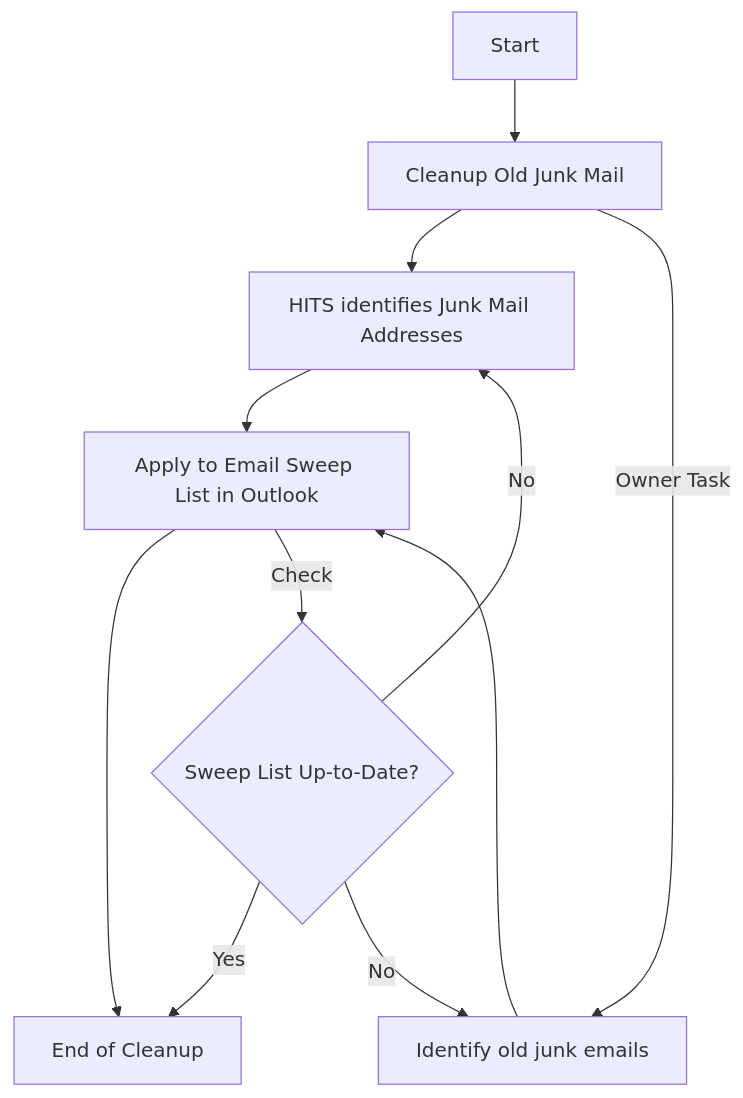
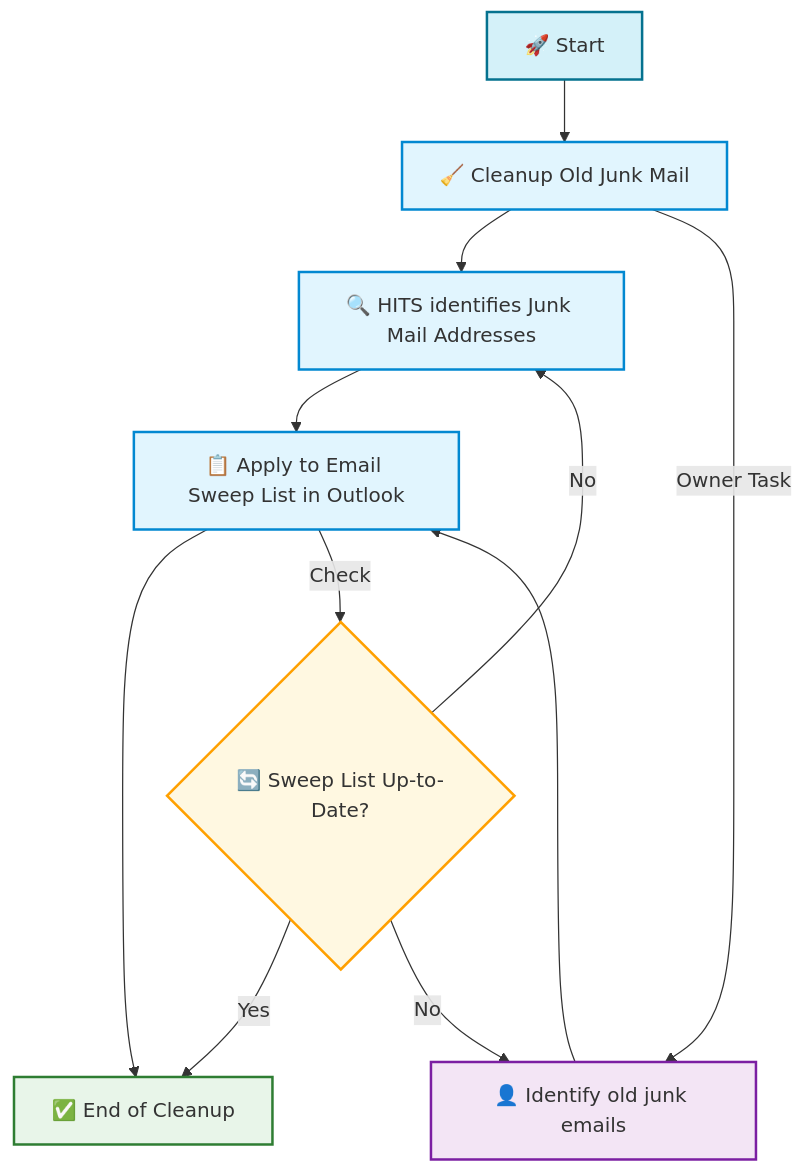
The first of 4 diagrams in README.md (delpropo/email_archive), drawn with Mermaid before and after one commit. The commit also changed other lines of this file, not shown here.

Commit message:
updated readme with table of contents and flow chart change

````diff
--- a/README.md
+++ b/README.md
@@ -17,18 +32,35 @@
 ```mermaid
 flowchart TD
-    A[Start] --> B[Cleanup Old Junk Mail]
-    B --> C[HITS identifies Junk Mail Addresses]
-    C --> D[Apply to Email Sweep List in Outlook]
-    D --> E[End of Cleanup]
-    B --> |Owner Task| M1[Identify old junk emails]
-    M1 --> D[Apply to Email Sweep List in Outlook]
-    D --> |Check| D1{Sweep List Up-to-Date?}
+    %% Node styles with colors
+    classDef startNode fill:#d4f1f9,stroke:#05728f,stroke-width:2px
+    classDef process fill:#e1f5fe,stroke:#0288d1,stroke-width:2px
+    classDef decision fill:#fff8e1,stroke:#ffa000,stroke-width:2px
+    classDef endNode fill:#e8f5e9,stroke:#2e7d32,stroke-width:2px
+    classDef userTask fill:#f3e5f5,stroke:#7b1fa2,stroke-width:2px
+
+    %% Main flow with descriptive labels
+    A["🚀 Start"] --> B["🧹 Cleanup Old Junk Mail"]
+    B --> C["🔍 HITS identifies Junk Mail Addresses"]
+    C --> D["📋 Apply to Email Sweep List in Outlook"]
+    D --> E["✅ End of Cleanup"]
+    B --> |Owner Task| M1["👤 Identify old junk emails"]
+    M1 --> D
+    D --> |Check| D1{"🔄 Sweep List Up-to-Date?"}
     D1 --> |Yes| E
     D1 --> |No| C
     D1 --> |No| M1
+
+    %% Apply classes to nodes
+    A:::startNode
+    B:::process
+    C:::process
+    D:::process
+    E:::endNode
+    M1:::userTask
+    D1:::decision
 
 
 
 
 
 ```
````
